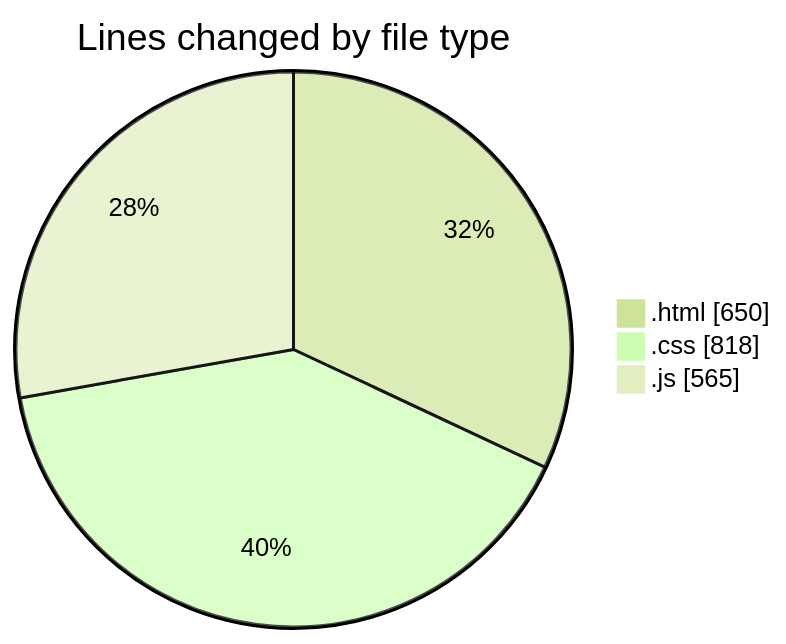
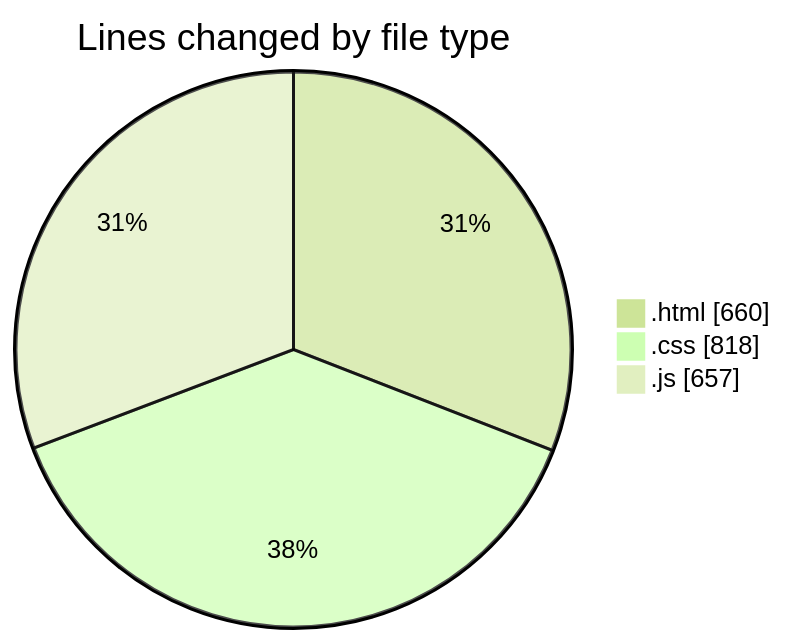
The first of 2 diagrams in 2025-09-01/project_3/README.md (IJAZ3593/code-tracking), drawn with Mermaid (forest theme) before and after one commit. The commit also changed other lines of this file and 1 other file, not shown here.

````diff
--- a/2025-09-01/project_3/README.md
+++ b/2025-09-01/project_3/README.md
@@ -26,7 +26,7 @@
 ```mermaid
 pie showData
 title Lines changed by file type
-".html" : 650
+".html" : 660
 ".css" : 818
-".js" : 565
+".js" : 657
 ```
````
